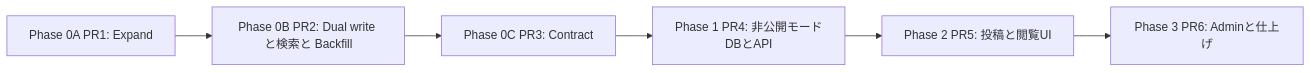
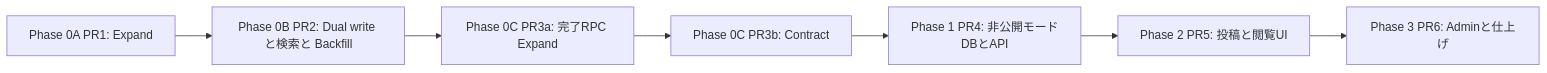
One commit to 3balljugglerYu/ai_coordinate changed the sixth of 6 diagrams in docs/planning/free-prompt-private-mode-implementation-plan.md. Above: the diagram before and after it, drawn with Mermaid. The commit also changed other lines of this file and 16 other files, not shown here.

````diff
--- a/docs/planning/free-prompt-private-mode-implementation-plan.md
+++ b/docs/planning/free-prompt-private-mode-implementation-plan.md
@@ -598,8 +598,9 @@
 ```mermaid
 flowchart LR
     P0A["Phase 0A PR1: Expand"] --> P0B["Phase 0B PR2: Dual write と検索と Backfill"]
-    P0B --> P0C["Phase 0C PR3: Contract"]
-    P0C --> P1["Phase 1 PR4: 非公開モードDBとAPI"]
+    P0B --> P0CE["Phase 0C PR3a: 完了RPC Expand"]
+    P0CE --> P0CC["Phase 0C PR3b: Contract"]
+    P0CC --> P1["Phase 1 PR4: 非公開モードDBとAPI"]
     P1 --> P2["Phase 2 PR5: 投稿と閲覧UI"]
     P2 --> P3["Phase 3 PR6: Adminと仕上げ"]
 ```
````
